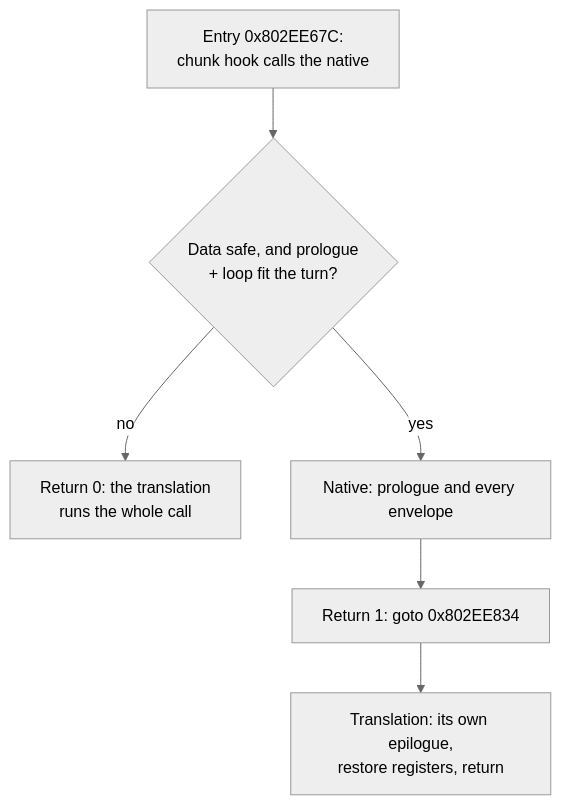
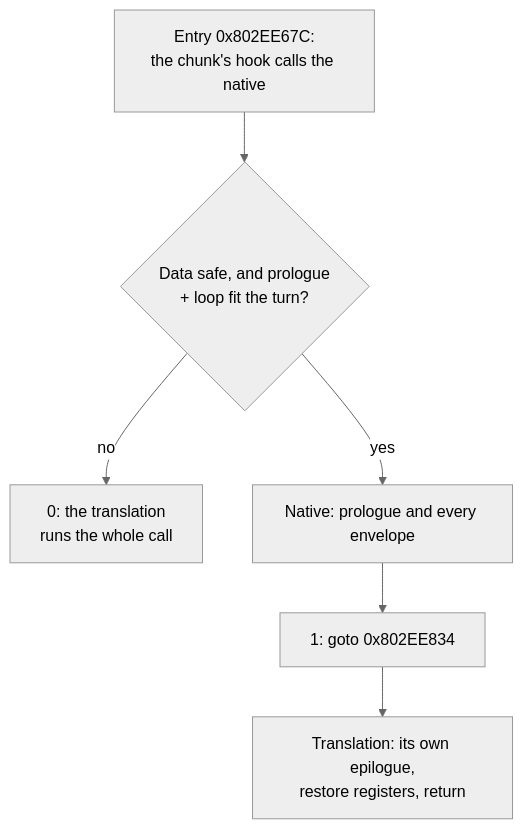
Before and after one commit to chrissotraidis/bluewake: the diagram in docs/planning/2026-11-02-native_extensions/TECH_PLAN.md, drawn with Mermaid (neutral theme). The commit also changed other lines of this file and 2 other files, not shown here.

````diff
--- a/docs/planning/2026-11-02-native_extensions/TECH_PLAN.md
+++ b/docs/planning/2026-11-02-native_extensions/TECH_PLAN.md
@@ -50,8 +73,8 @@
 ```mermaid
 flowchart TD
-    E[Entry 0x802EE67C:<br/>chunk hook calls the native] --> C{Data safe, and prologue<br/>+ loop fit the turn?}
-    C -- no --> D[Return 0: the translation<br/>runs the whole call]
+    E[Entry 0x802EE67C:<br/>the chunk's hook calls the native] --> C{Data safe, and prologue<br/>+ loop fit the turn?}
+    C -- no --> D[0: the translation<br/>runs the whole call]
     C -- yes --> A[Native: prologue and every envelope]
-    A --> X[Return 1: goto 0x802EE834]
+    A --> X[1: goto 0x802EE834]
     X --> Q[Translation: its own epilogue,<br/>restore registers, return]
 ```
````
